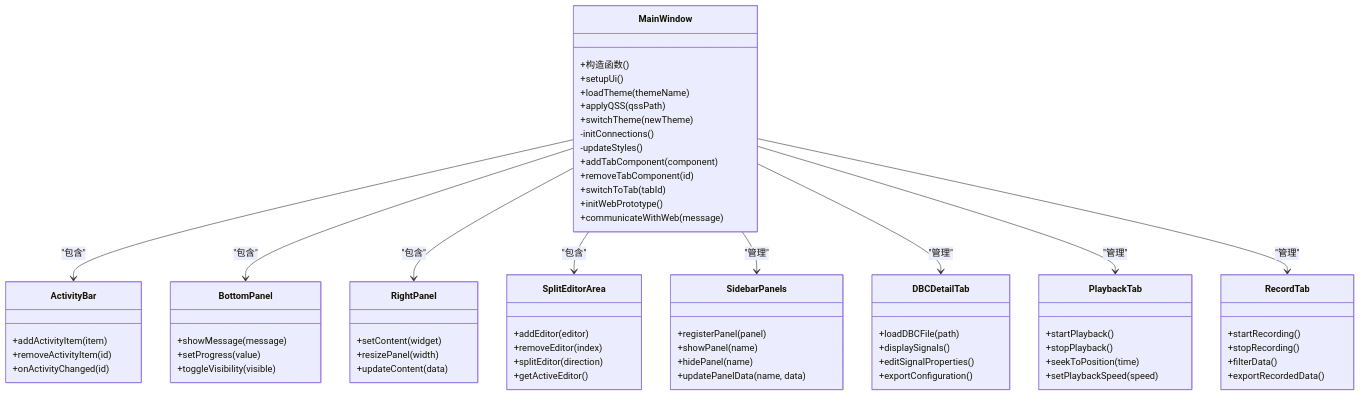
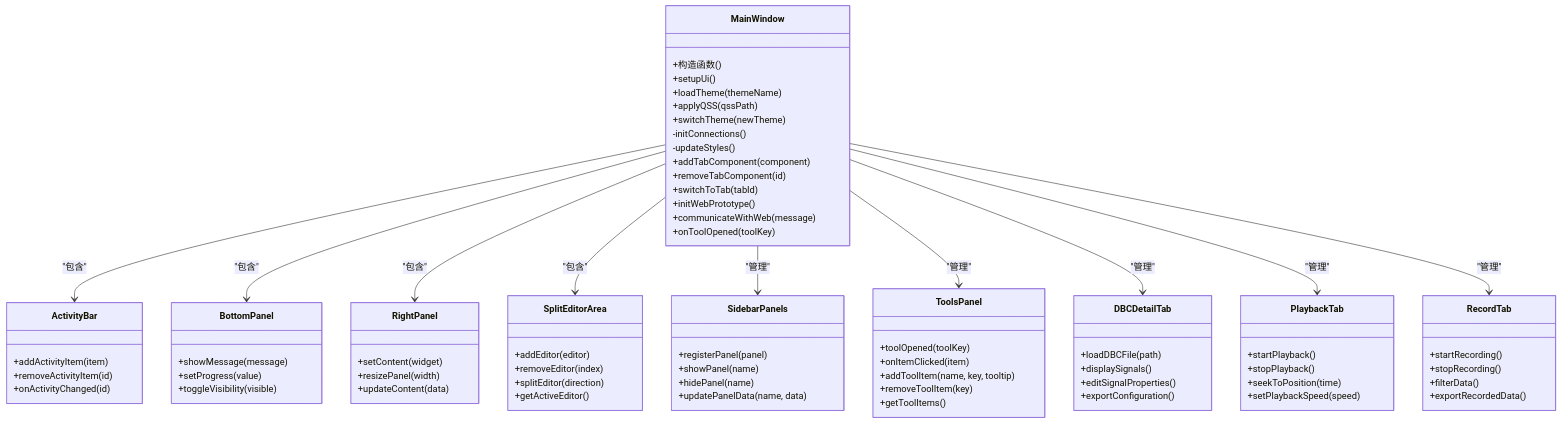
Before and after one commit to jakecai1225-design/OpenBus: the fourth of 19 diagrams in .qoder/repowiki/zh/content/架构设计/UI系统设计/UI系统设计.md, drawn with Mermaid. The commit also changed other lines of this file and 25 other files, not shown here.

````diff
--- a/.qoder/repowiki/zh/content/架构设计/UI系统设计/UI系统设计.md
+++ b/.qoder/repowiki/zh/content/架构设计/UI系统设计/UI系统设计.md
@@ -274,70 +280,79 @@
 ```mermaid
 classDiagram
 class MainWindow {
 +构造函数()
 +setupUi()
 +loadTheme(themeName)
 +applyQSS(qssPath)
 +switchTheme(newTheme)
 -initConnections()
 -updateStyles()
 +addTabComponent(component)
 +removeTabComponent(id)
 +switchToTab(tabId)
 +initWebPrototype()
 +communicateWithWeb(message)
++onToolOpened(toolKey)
 }
 class ActivityBar {
 +addActivityItem(item)
 +removeActivityItem(id)
 +onActivityChanged(id)
 }
 class BottomPanel {
 +showMessage(message)
 +setProgress(value)
 +toggleVisibility(visible)
 }
 class RightPanel {
 +setContent(widget)
 +resizePanel(width)
 +updateContent(data)
 }
 class SplitEditorArea {
 +addEditor(editor)
 +removeEditor(index)
 +splitEditor(direction)
 +getActiveEditor()
 }
 class SidebarPanels {
 +registerPanel(panel)
 +showPanel(name)
 +hidePanel(name)
 +updatePanelData(name, data)
 }
+class ToolsPanel {
++toolOpened(toolKey)
++onItemClicked(item)
++addToolItem(name, key, tooltip)
++removeToolItem(key)
++getToolItems()
+}
 class DBCDetailTab {
 +loadDBCFile(path)
 +displaySignals()
 +editSignalProperties()
 +exportConfiguration()
 }
 class PlaybackTab {
 +startPlayback()
 +stopPlayback()
 +seekToPosition(time)
 +setPlaybackSpeed(speed)
 }
 class RecordTab {
 +startRecording()
 +stopRecording()
 +filterData()
 +exportRecordedData()
 }
 MainWindow --> ActivityBar : "包含"
 MainWindow --> BottomPanel : "包含"
 MainWindow --> RightPanel : "包含"
 MainWindow --> SplitEditorArea : "包含"
 MainWindow --> SidebarPanels : "管理"
+MainWindow --> ToolsPanel : "管理"
 MainWindow --> DBCDetailTab : "管理"
 MainWindow --> PlaybackTab : "管理"
 MainWindow --> RecordTab : "管理"
 ```
````
